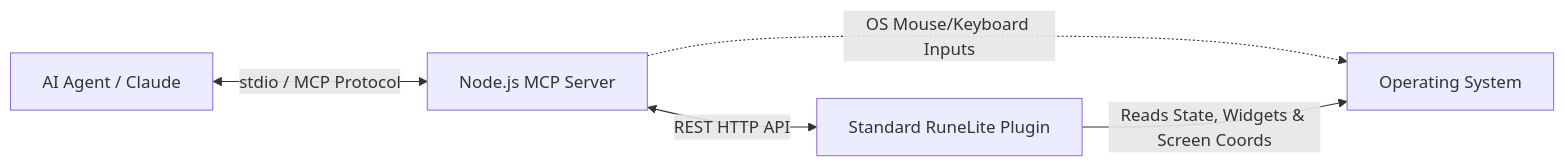
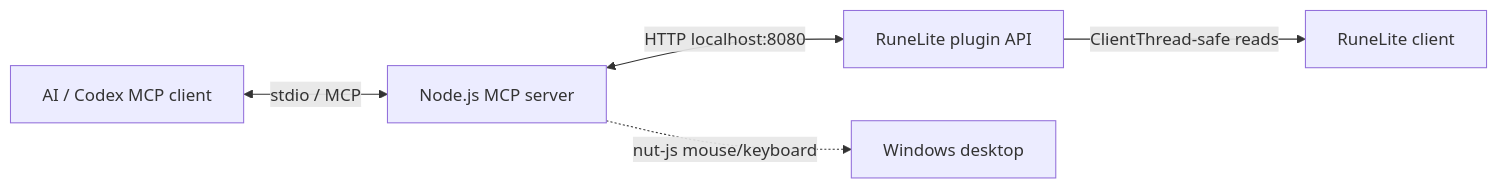
The diagram in implementation_plan.md (m-faisal-iqbal/runelite-mcp), drawn with Mermaid before and after one commit. The commit also changed other lines of this file and 15 other files, not shown here.

Commit message:
Document live snapshot and multi-client MCP design

````diff
--- a/implementation_plan.md
+++ b/implementation_plan.md
@@ -31,7 +13,7 @@
 ```mermaid
 graph LR
-    AI[AI Agent / Claude] <-->|stdio / MCP Protocol| MCP[Node.js MCP Server]
-    MCP <-->|REST HTTP API| HTTP[Standard RuneLite Plugin]
-    MCP -.->|OS Mouse/Keyboard Inputs| OS[Operating System]
-    HTTP -->|Reads State, Widgets & Screen Coords| OS
+    AI["AI / Codex MCP client"] <-->|"stdio / MCP"| MCP["Node.js MCP server"]
+    MCP <-->|"HTTP localhost:8080"| API["RuneLite plugin API"]
+    API -->|"ClientThread-safe reads"| RL["RuneLite client"]
+    MCP -.->|"nut-js mouse/keyboard"| OS["Windows desktop"]
 ```
````
